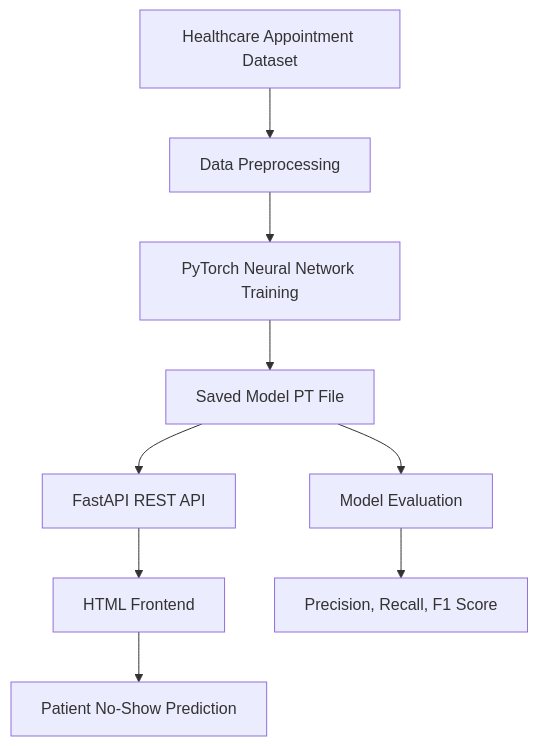
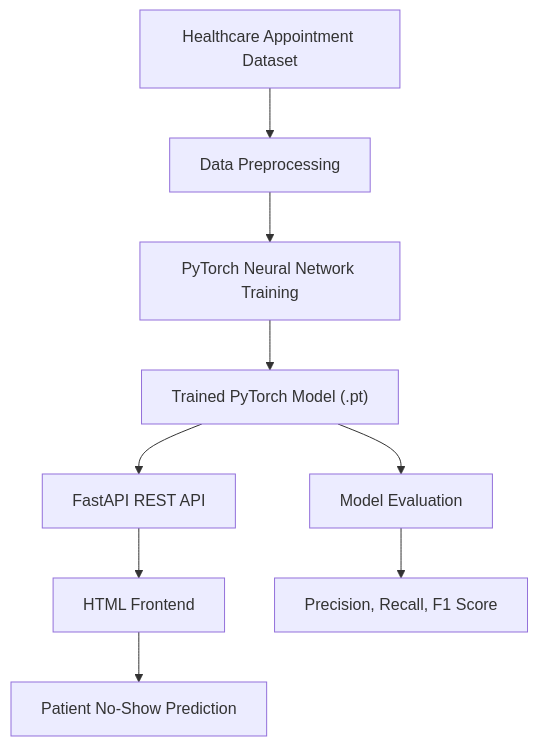
One commit to loveLaceLogic/noshow-predictor-pytorch changed the diagram in README.md. Above: the diagram before and after it, drawn with Mermaid.

Commit message:
Improve architecture diagram wording

````diff
--- a/README.md
+++ b/README.md
@@ -117,13 +117,13 @@
 ```mermaid
 flowchart TD
     A["Healthcare Appointment Dataset"] --> B["Data Preprocessing"]
     B --> C["PyTorch Neural Network Training"]
-    C --> D["Saved Model PT File"]
+    C --> D["Trained PyTorch Model (.pt)"]
 
     D --> E["FastAPI REST API"]
     E --> F["HTML Frontend"]
     F --> G["Patient No-Show Prediction"]
 
     D --> H["Model Evaluation"]
     H --> I["Precision, Recall, F1 Score"]
 ```
````
